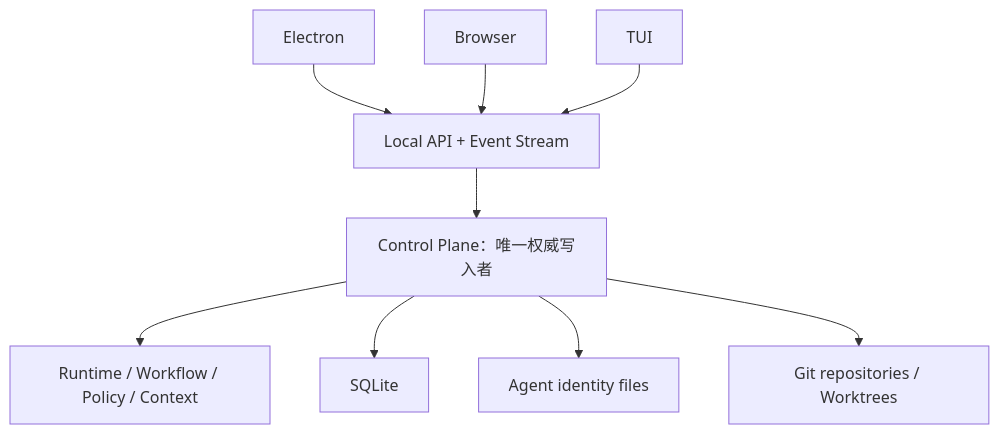
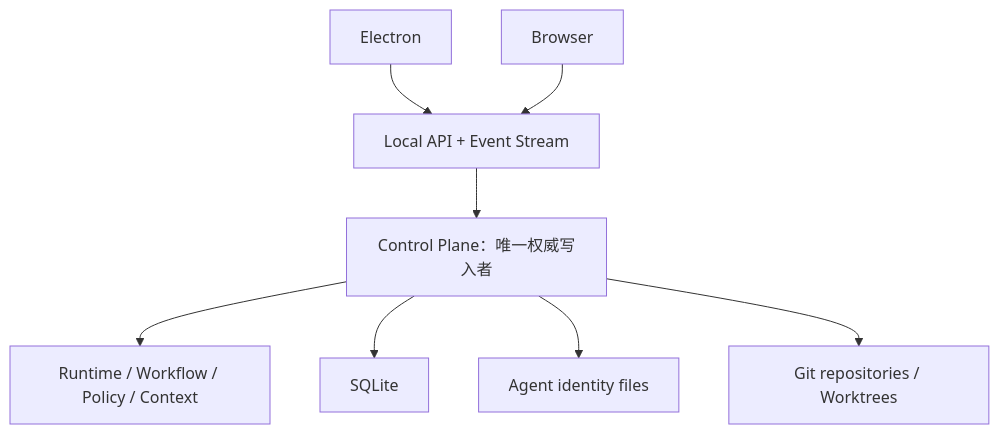
Before and after one commit to Ericwong5021/agents-company: the third of 3 diagrams in docs/product-design/00-overview.md, drawn with Mermaid. The commit also changed other lines of this file and 47 other files, not shown here.

````diff
--- a/docs/product-design/00-overview.md
+++ b/docs/product-design/00-overview.md
@@ -109,11 +108,10 @@
 ```mermaid
 flowchart TB
     E["Electron"] --> API["Local API + Event Stream"]
     B["Browser"] --> API
-    T["TUI"] --> API
     API --> CP["Control Plane：唯一权威写入者"]
     CP --> R["Runtime / Workflow / Policy / Context"]
     CP --> DB["SQLite"]
     CP --> FS["Agent identity files"]
     CP --> Git["Git repositories / Worktrees"]
 ```
````
